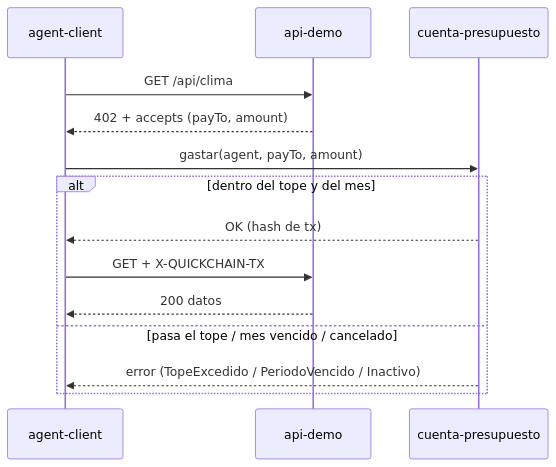
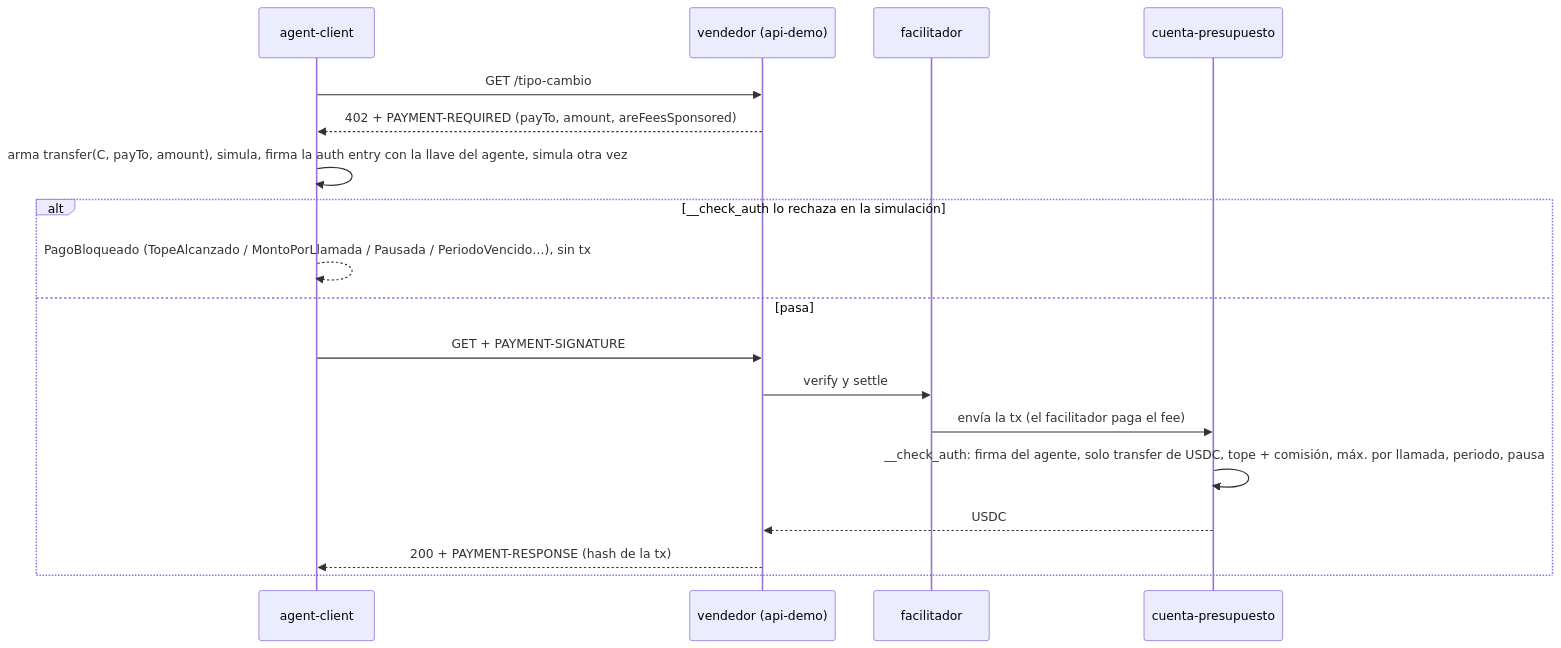
Before and after one commit to jxsu404/quickchain: the second of 3 diagrams in docs/ARQUITECTURA.md, drawn with Mermaid. The commit also changed other lines of this file and 3 other files, not shown here.

````diff
--- a/docs/ARQUITECTURA.md
+++ b/docs/ARQUITECTURA.md
@@ -14,16 +18,20 @@
 ```mermaid
 sequenceDiagram
   participant A as agent-client
-  participant API as api-demo
+  participant V as vendedor (api-demo)
+  participant F as facilitador
   participant C as cuenta-presupuesto
-  A->>API: GET /api/clima
-  API-->>A: 402 + accepts (payTo, amount)
-  A->>C: gastar(agent, payTo, amount)
-  alt dentro del tope y del mes
-    C-->>A: OK (hash de tx)
-    A->>API: GET + X-QUICKCHAIN-TX
-    API-->>A: 200 datos
-  else pasa el tope / mes vencido / cancelado
-    C-->>A: error (TopeExcedido / PeriodoVencido / Inactivo)
+  A->>V: GET /tipo-cambio
+  V-->>A: 402 + PAYMENT-REQUIRED (payTo, amount, areFeesSponsored)
+  A->>A: arma transfer(C, payTo, amount), simula, firma la auth entry con la llave del agente, simula otra vez
+  alt __check_auth lo rechaza en la simulación
+    A-->>A: PagoBloqueado (TopeAlcanzado / MontoPorLlamada / Pausada / PeriodoVencido…), sin tx
+  else pasa
+    A->>V: GET + PAYMENT-SIGNATURE
+    V->>F: verify y settle
+    F->>C: envía la tx (el facilitador paga el fee)
+    C->>C: __check_auth: firma del agente, solo transfer de USDC, tope + comisión, máx. por llamada, periodo, pausa
+    C-->>V: USDC
+    V-->>A: 200 + PAYMENT-RESPONSE (hash de la tx)
   end
 ```
````
